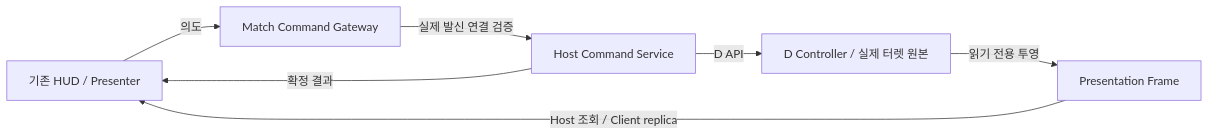
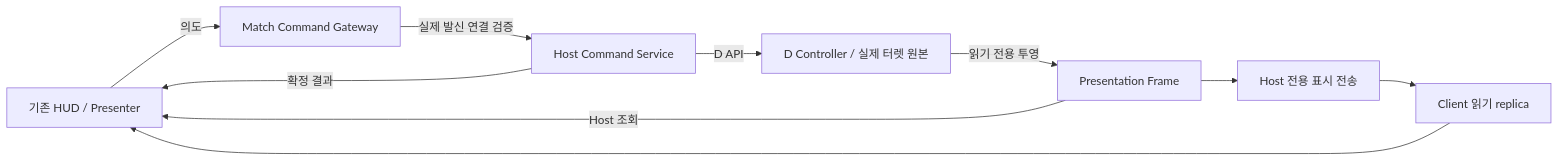
One commit to Team-HJD-21/unity-6-the-developer changed the second of 2 diagrams in Docs/architecture/core-sprint-region-and-request-api.md. Above: the diagram before and after it, drawn with Mermaid. The commit also changed other lines of this file and 21 other files, not shown here.

Commit message:
feat(network): replicate authoritative turret presentation to client HUD

````diff
--- a/Docs/architecture/core-sprint-region-and-request-api.md
+++ b/Docs/architecture/core-sprint-region-and-request-api.md
@@ -151,9 +151,12 @@
 ```mermaid
 flowchart LR
     HUD[기존 HUD / Presenter] -->|의도| G[Match Command Gateway]
     G -->|실제 발신 연결 검증| S[Host Command Service]
     S -->|D API| D[D Controller / 실제 터렛 원본]
     D -->|읽기 전용 투영| F[Presentation Frame]
-    F -->|Host 조회 / Client replica| HUD
+    F -->|Host 조회| HUD
+    F --> N[Host 전용 표시 전송]
+    N --> R[Client 읽기 replica]
+    R --> HUD
     S -->|확정 결과| HUD
 ```
````
